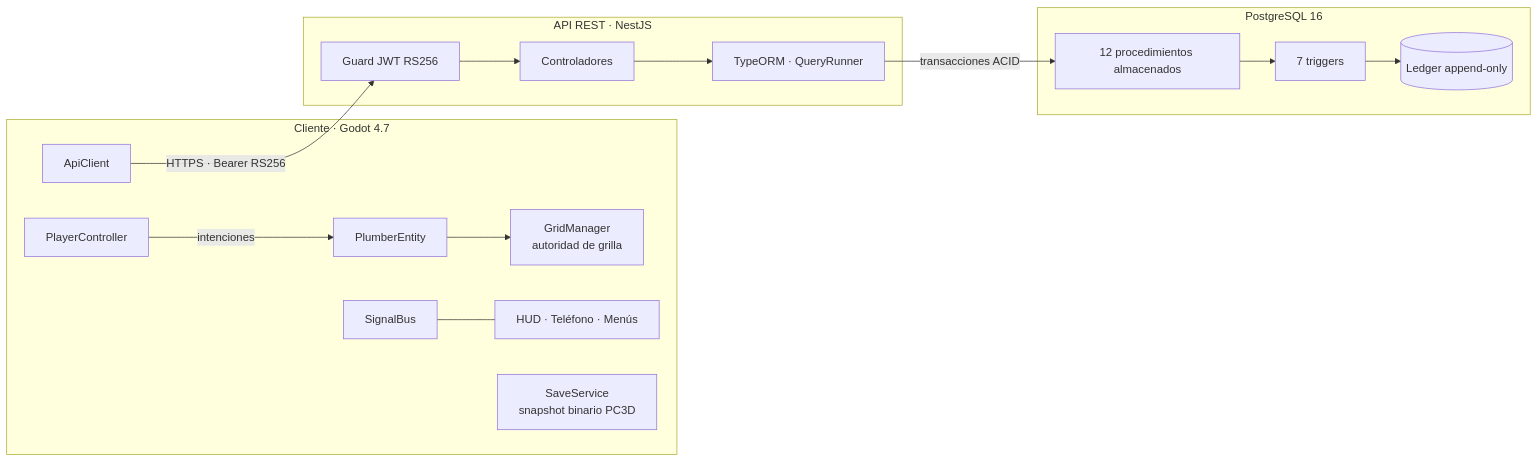
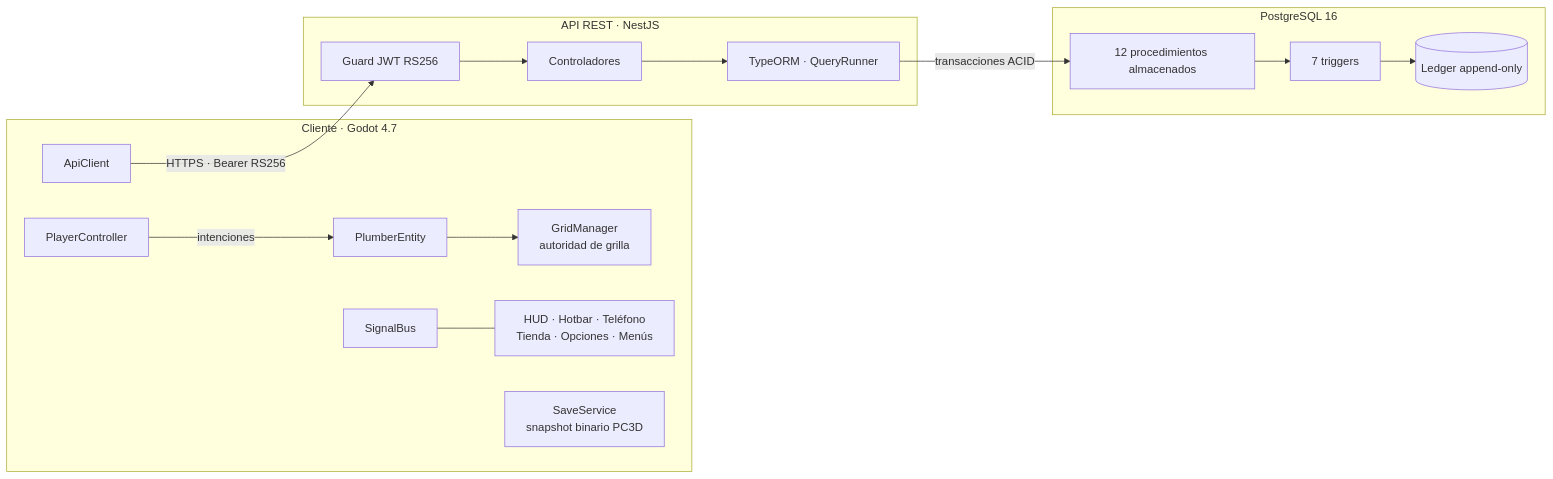
One commit to Yolzer/PipeCorp3D changed the diagram in README.md. Above: the diagram before and after it, drawn with Mermaid. The commit also changed other lines of this file and 3 other files, not shown here.

````diff
--- a/README.md
+++ b/README.md
@@ -49,22 +65,22 @@
 ```mermaid
 flowchart LR
     subgraph C["Cliente · Godot 4.7"]
         PC[PlayerController] -->|intenciones| PE[PlumberEntity]
         PE --> GM[GridManager<br/>autoridad de grilla]
-        SB[SignalBus] --- UI[HUD · Teléfono · Menús]
+        SB[SignalBus] --- UI[HUD · Hotbar · Teléfono<br/>Tienda · Opciones · Menús]
         AC[ApiClient]
         SS[SaveService<br/>snapshot binario PC3D]
     end
     subgraph A["API REST · NestJS"]
         G[Guard JWT RS256] --> CT[Controladores]
         CT --> QR[TypeORM · QueryRunner]
     end
     subgraph D["PostgreSQL 16"]
         SP[12 procedimientos almacenados]
         TR[7 triggers]
         LG[(Ledger append-only)]
     end
     AC -->|HTTPS · Bearer RS256| G
     QR -->|transacciones ACID| SP
     SP --> TR --> LG
 ```
````
